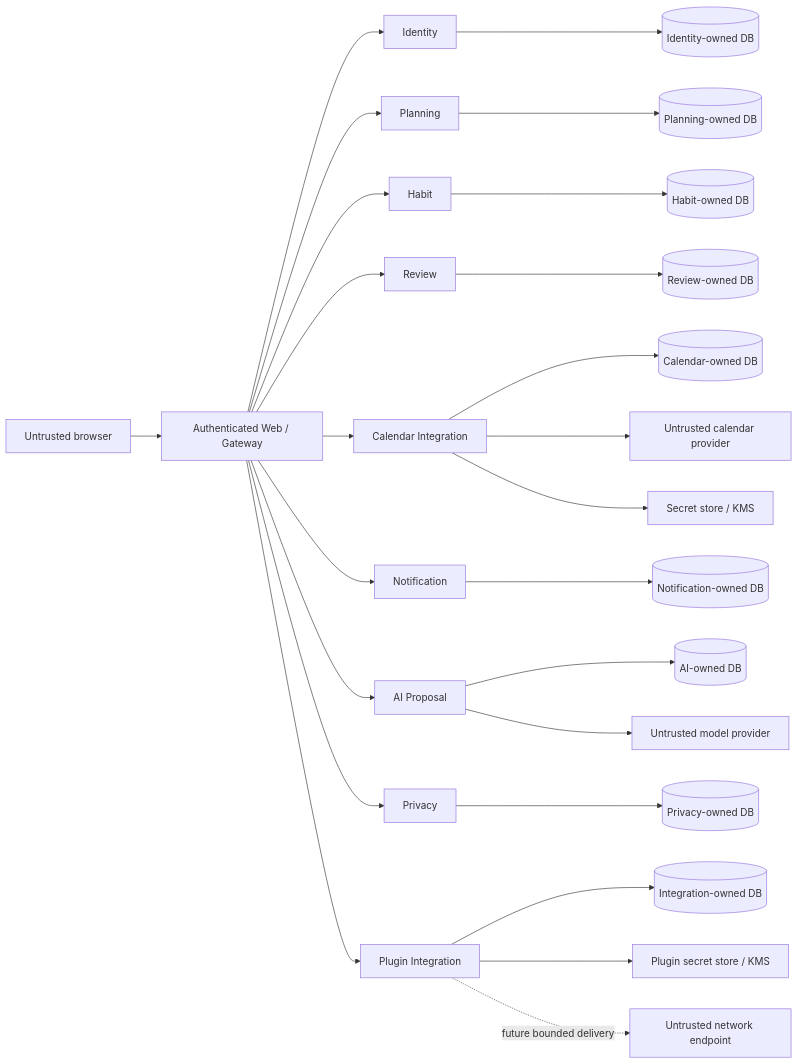
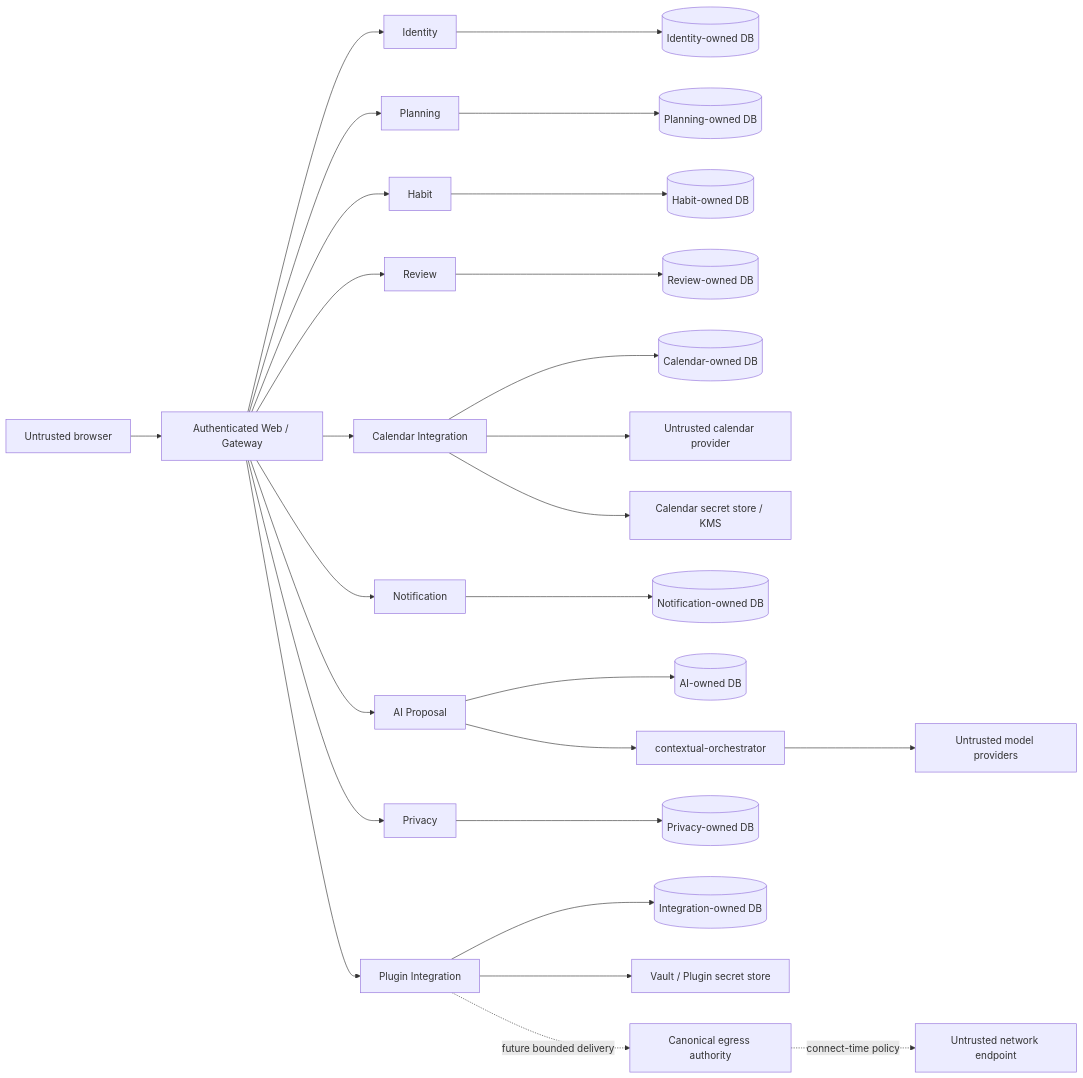
The diagram in docs/THREAT_MODEL.md (ContextualWisdomLab/life-os), drawn with Mermaid before and after one commit. The commit also changed other lines of this file, not shown here.

````diff
--- a/docs/THREAT_MODEL.md
+++ b/docs/THREAT_MODEL.md
@@ -19,29 +19,31 @@
 ```mermaid
 flowchart LR
     Browser[Untrusted browser] --> Web[Authenticated Web / Gateway]
     Web --> Identity[Identity]
     Web --> Planning[Planning]
     Web --> Habit[Habit]
     Web --> Review[Review]
     Web --> Calendar[Calendar Integration]
     Web --> Notification[Notification]
     Web --> AI[AI Proposal]
     Web --> Privacy[Privacy]
     Web --> Plugin[Plugin Integration]
 
     Identity --> IDB[(Identity-owned DB)]
     Planning --> PDB[(Planning-owned DB)]
     Habit --> HDB[(Habit-owned DB)]
     Review --> RDB[(Review-owned DB)]
     Calendar --> CDB[(Calendar-owned DB)]
     Notification --> NDB[(Notification-owned DB)]
     AI --> ADB[(AI-owned DB)]
     Privacy --> VDB[(Privacy-owned DB)]
     Plugin --> XDB[(Integration-owned DB)]
 
     Calendar --> CalendarProvider[Untrusted calendar provider]
-    Calendar --> SecretStore[Secret store / KMS]
-    AI --> Model[Untrusted model provider]
-    Plugin --> PluginSecretStore[Plugin secret store / KMS]
-    Plugin -. future bounded delivery .-> Network[Untrusted network endpoint]
+    Calendar --> CalendarSecrets[Calendar secret store / KMS]
+    AI --> Orchestrator[contextual-orchestrator]
+    Orchestrator --> Model[Untrusted model providers]
+    Plugin --> Vault[Vault / Plugin secret store]
+    Plugin -. future bounded delivery .-> Egress[Canonical egress authority]
+    Egress -. connect-time policy .-> Network[Untrusted network endpoint]
 ```
````
